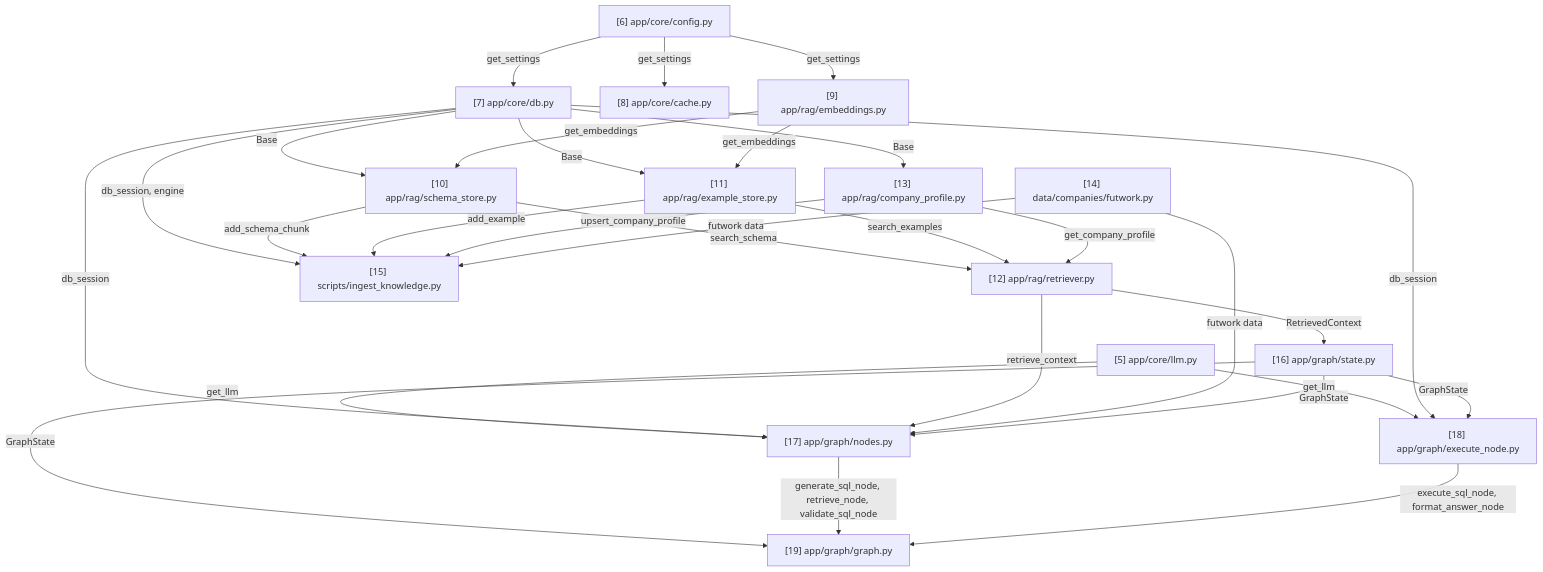
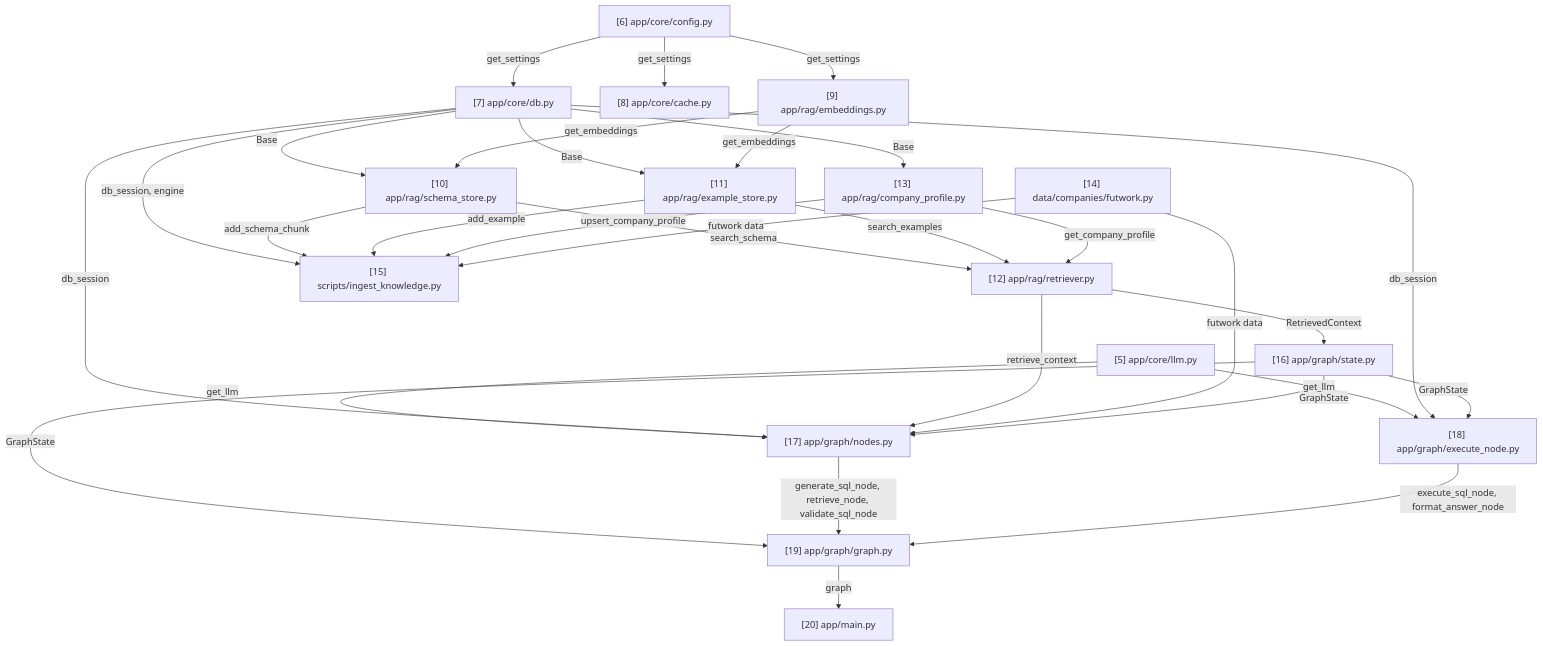
The diagram in NOTES.md (viplav-artha/rag-text-to-sql), drawn with Mermaid before and after one commit. The commit also changed other lines of this file and 3 other files, not shown here.

````diff
--- a/NOTES.md
+++ b/NOTES.md
@@ -102,46 +107,48 @@
 ```mermaid
 graph TD
     n1["[5] app/core/llm.py"]
     n2["[6] app/core/config.py"]
     n3["[7] app/core/db.py"]
     n2 -->|get_settings| n3
     n4["[8] app/core/cache.py"]
     n2 -->|get_settings| n4
     n5["[9] app/rag/embeddings.py"]
     n2 -->|get_settings| n5
     n6["[10] app/rag/schema_store.py"]
     n3 -->|Base| n6
     n5 -->|get_embeddings| n6
     n7["[11] app/rag/example_store.py"]
     n3 -->|Base| n7
     n5 -->|get_embeddings| n7
     n8["[12] app/rag/retriever.py"]
     n6 -->|search_schema| n8
     n7 -->|search_examples| n8
     n9["[13] app/rag/company_profile.py"]
     n3 -->|Base| n9
     n9 -->|get_company_profile| n8
     n10["[14] data/companies/futwork.py"]
     n11["[15] scripts/ingest_knowledge.py"]
     n3 -->|db_session, engine| n11
     n6 -->|add_schema_chunk| n11
     n7 -->|add_example| n11
     n9 -->|upsert_company_profile| n11
     n10 -->|futwork data| n11
     n12["[16] app/graph/state.py"]
     n8 -->|RetrievedContext| n12
     n13["[17] app/graph/nodes.py"]
     n1 -->|get_llm| n13
     n3 -->|db_session| n13
     n8 -->|retrieve_context| n13
     n10 -->|futwork data| n13
     n12 -->|GraphState| n13
     n14["[18] app/graph/execute_node.py"]
     n1 -->|get_llm| n14
     n3 -->|db_session| n14
     n12 -->|GraphState| n14
     n15["[19] app/graph/graph.py"]
     n12 -->|GraphState| n15
     n13 -->|generate_sql_node, retrieve_node, validate_sql_node| n15
     n14 -->|execute_sql_node, format_answer_node| n15
+    n16["[20] app/main.py"]
+    n15 -->|graph| n16
 ```
````
